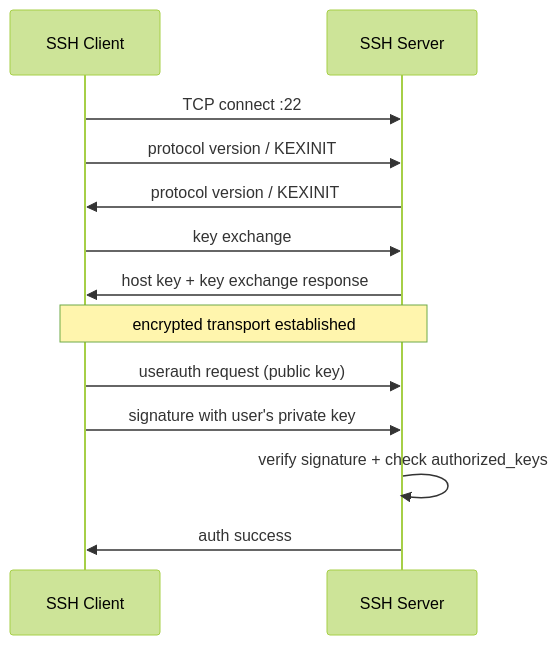
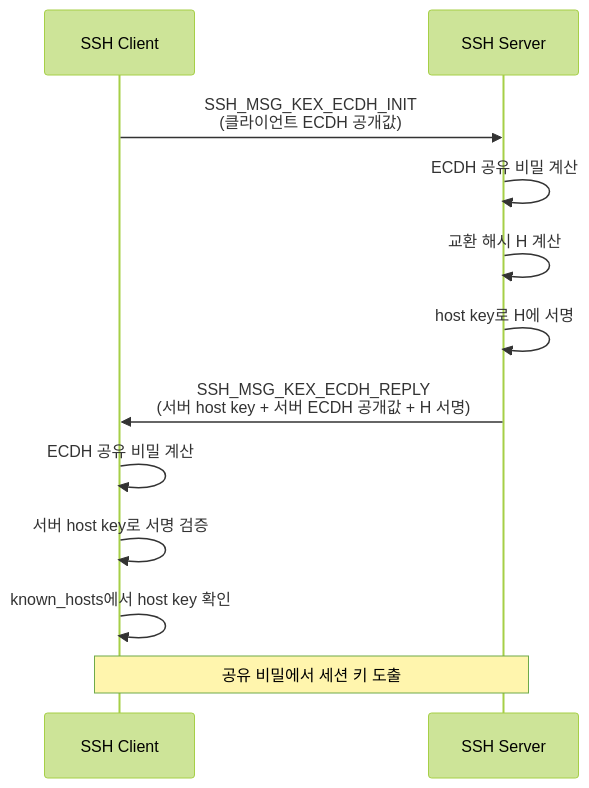
One commit to K-Diger/k-diger.github.io changed diagram 12 of 20 in _posts/2026-04-01-devops-devsecops-security-fundamentals.md. Above: the diagram before and after it, drawn with Mermaid (forest theme). The commit also changed other lines of this file, not shown here.

````diff
--- a/_posts/2026-04-01-devops-devsecops-security-fundamentals.md
+++ b/_posts/2026-04-01-devops-devsecops-security-fundamentals.md
@@ -316,16 +727,14 @@
 ```mermaid
 sequenceDiagram
     participant C as SSH Client
     participant S as SSH Server
-
-    C->>S: TCP connect :22
-    C->>S: protocol version / KEXINIT
-    S->>C: protocol version / KEXINIT
-    C->>S: key exchange
-    S->>C: host key + key exchange response
-    Note over C,S: encrypted transport established
-    C->>S: userauth request (public key)
-    C->>S: signature with user's private key
-    S->>S: verify signature + check authorized_keys
-    S->>C: auth success
+    C->>S: SSH_MSG_KEX_ECDH_INIT<br/>(클라이언트 ECDH 공개값)
+    S->>S: ECDH 공유 비밀 계산
+    S->>S: 교환 해시 H 계산
+    S->>S: host key로 H에 서명
+    S->>C: SSH_MSG_KEX_ECDH_REPLY<br/>(서버 host key + 서버 ECDH 공개값 + H 서명)
+    C->>C: ECDH 공유 비밀 계산
+    C->>C: 서버 host key로 서명 검증
+    C->>C: known_hosts에서 host key 확인
+    Note over C,S: 공유 비밀에서 세션 키 도출
 ```
````
